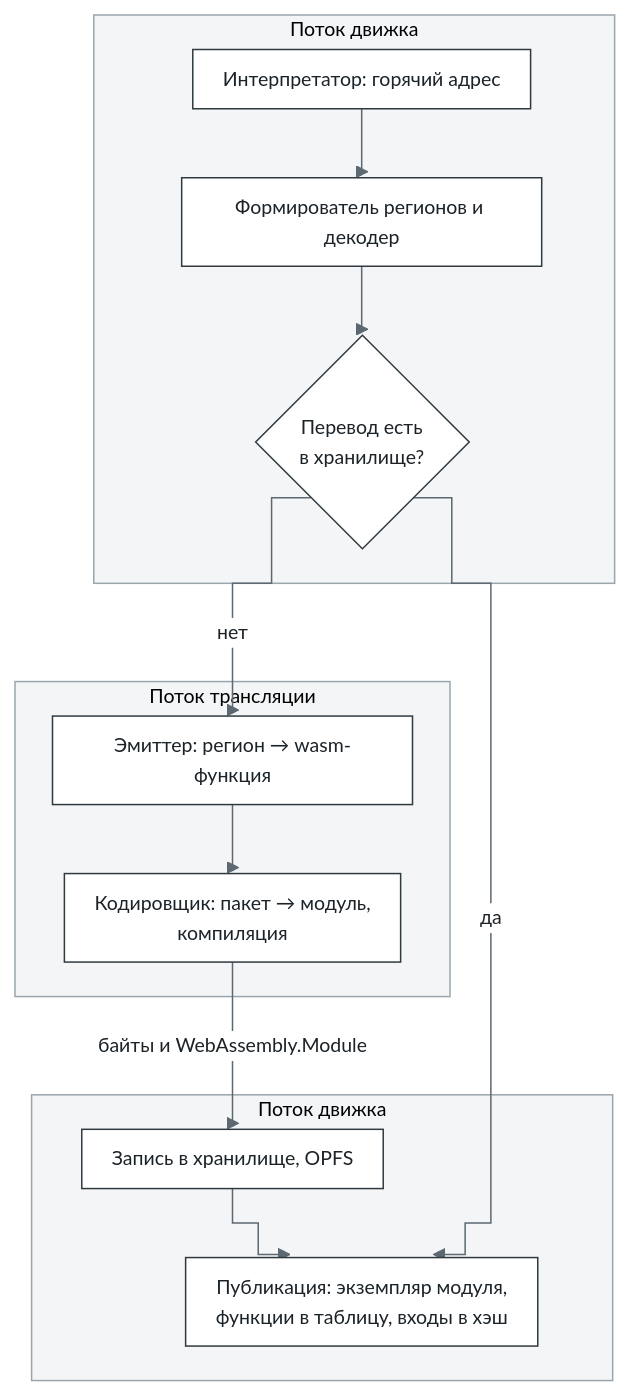
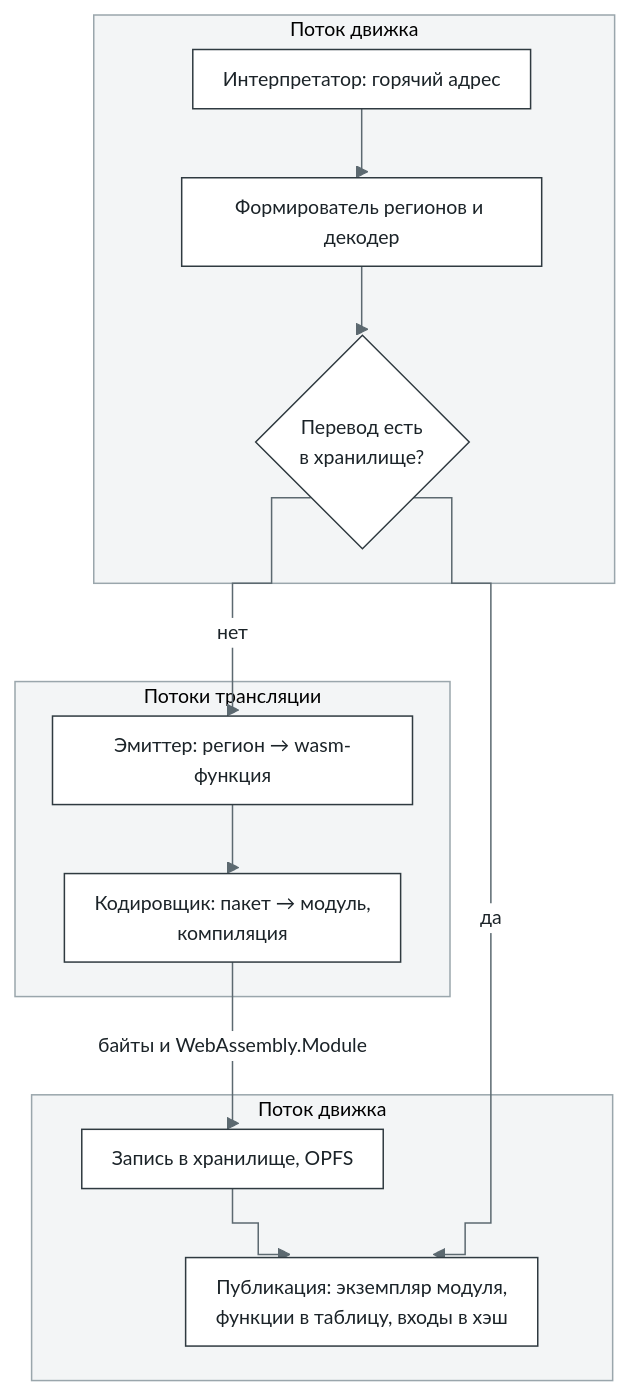
Before and after one commit to bottlify/bottlify: the fourth of 12 diagrams in docs/architecture.ru.md, drawn with Mermaid. The commit also changed other lines of this file and 13 other files, not shown here.

````diff
--- a/docs/architecture.ru.md
+++ b/docs/architecture.ru.md
@@ -328,23 +330,23 @@
 ```mermaid
 %%{init: {"theme": "base", "flowchart": {"curve": "step", "nodeSpacing": 30, "rankSpacing": 46, "padding": 10}, "themeVariables": {"fontFamily": "Inter, Segoe UI, Helvetica, Arial, sans-serif", "fontSize": "13px", "primaryColor": "#FFFFFF", "primaryBorderColor": "#2F3A40", "primaryTextColor": "#1B2328", "lineColor": "#5C6970", "clusterBkg": "#F3F5F6", "clusterBorder": "#9AA6AC", "edgeLabelBackground": "#FFFFFF"}}}%%
 flowchart TB
   subgraph E1["Поток движка"]
     HOT["Интерпретатор: горячий адрес"]
     REG["Формирователь регионов и декодер"]
     Q{"Перевод есть<br/>в хранилище?"}
   end
-  subgraph TW["Поток трансляции"]
+  subgraph TW["Потоки трансляции"]
     EMI["Эмиттер: регион → wasm-функция"]
     ENC["Кодировщик: пакет → модуль,<br/>компиляция"]
   end
   subgraph E2["Поток движка"]
     PUT["Запись в хранилище, OPFS"]
     PUB["Публикация: экземпляр модуля,<br/>функции в таблицу, входы в хэш"]
   end
   HOT --> REG --> Q
   Q -->|"нет"| EMI
   EMI --> ENC
   ENC -->|"байты и WebAssembly.Module"| PUT
   PUT --> PUB
   Q -->|"да"| PUB
 ```
````
